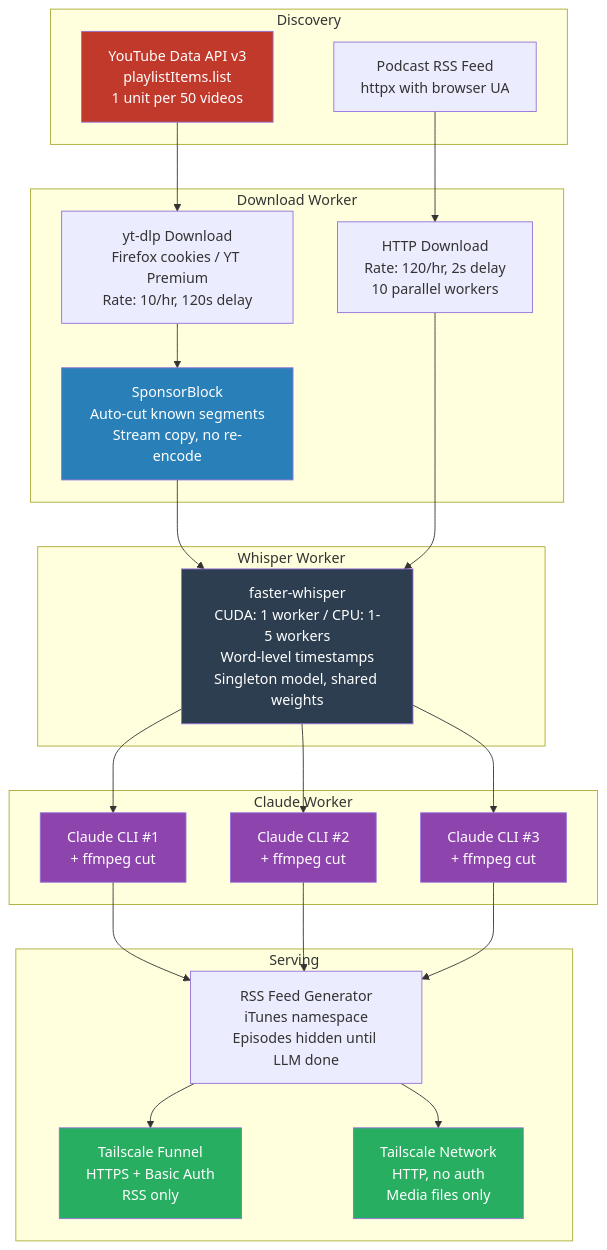
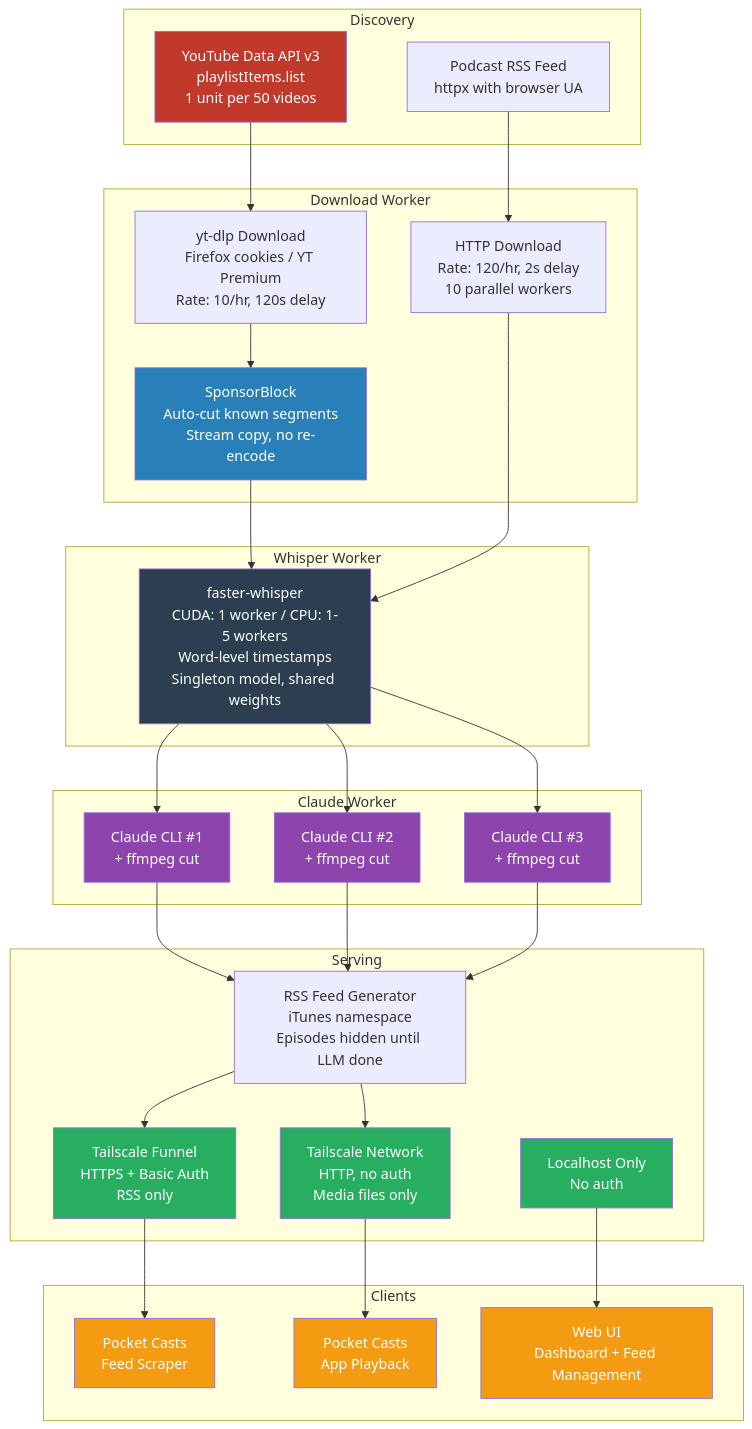
Before and after one commit to cwilliams5/Siphon: the diagram in README.md, drawn with Mermaid.

Commit message:
Add Clients layer to architecture diagram (Pocket Casts, Web UI)

````diff
--- a/README.md
+++ b/README.md
@@ -182,52 +182,66 @@
 ```mermaid
 flowchart TB
     subgraph Discovery
         YT_API[YouTube Data API v3<br/>playlistItems.list<br/>1 unit per 50 videos]
         POD_RSS[Podcast RSS Feed<br/>httpx with browser UA]
     end
 
     subgraph Download Worker
         YT_DL[yt-dlp Download<br/>Firefox cookies / YT Premium<br/>Rate: 10/hr, 120s delay]
         SB[SponsorBlock<br/>Auto-cut known segments<br/>Stream copy, no re-encode]
         POD_DL[HTTP Download<br/>Rate: 120/hr, 2s delay<br/>10 parallel workers]
         YT_DL --> SB
     end
 
     subgraph Whisper Worker
         WHISPER[faster-whisper<br/>CUDA: 1 worker / CPU: 1-5 workers<br/>Word-level timestamps<br/>Singleton model, shared weights]
     end
 
     subgraph Claude Worker
         CLAUDE1[Claude CLI #1<br/>+ ffmpeg cut]
         CLAUDE2[Claude CLI #2<br/>+ ffmpeg cut]
         CLAUDE3[Claude CLI #3<br/>+ ffmpeg cut]
     end
 
     subgraph Serving
         RSS_GEN[RSS Feed Generator<br/>iTunes namespace<br/>Episodes hidden until LLM done]
         FUNNEL[Tailscale Funnel<br/>HTTPS + Basic Auth<br/>RSS only]
         TAILNET[Tailscale Network<br/>HTTP, no auth<br/>Media files only]
+        LOCALHOST[Localhost Only<br/>No auth]
         RSS_GEN --> FUNNEL
         RSS_GEN --> TAILNET
+    end
+
+    subgraph Clients
+        PC_SCRAPER[Pocket Casts<br/>Feed Scraper]
+        PC_APP[Pocket Casts<br/>App Playback]
+        WEBUI[Web UI<br/>Dashboard + Feed Management]
     end
 
     YT_API --> YT_DL
     POD_RSS --> POD_DL
     SB --> WHISPER
     POD_DL --> WHISPER
     WHISPER --> CLAUDE1
     WHISPER --> CLAUDE2
     WHISPER --> CLAUDE3
     CLAUDE1 --> RSS_GEN
     CLAUDE2 --> RSS_GEN
     CLAUDE3 --> RSS_GEN
+    FUNNEL --> PC_SCRAPER
+    TAILNET --> PC_APP
+    LOCALHOST --> WEBUI
 
     style YT_API fill:#c0392b,color:#fff
     style WHISPER fill:#2c3e50,color:#fff
     style CLAUDE1 fill:#8e44ad,color:#fff
     style CLAUDE2 fill:#8e44ad,color:#fff
     style CLAUDE3 fill:#8e44ad,color:#fff
     style SB fill:#2980b9,color:#fff
     style FUNNEL fill:#27ae60,color:#fff
     style TAILNET fill:#27ae60,color:#fff
+    style LOCALHOST fill:#27ae60,color:#fff
+    style PC_SCRAPER fill:#f39c12,color:#fff
+    style PC_APP fill:#f39c12,color:#fff
+    style WEBUI fill:#f39c12,color:#fff
 ```
````
